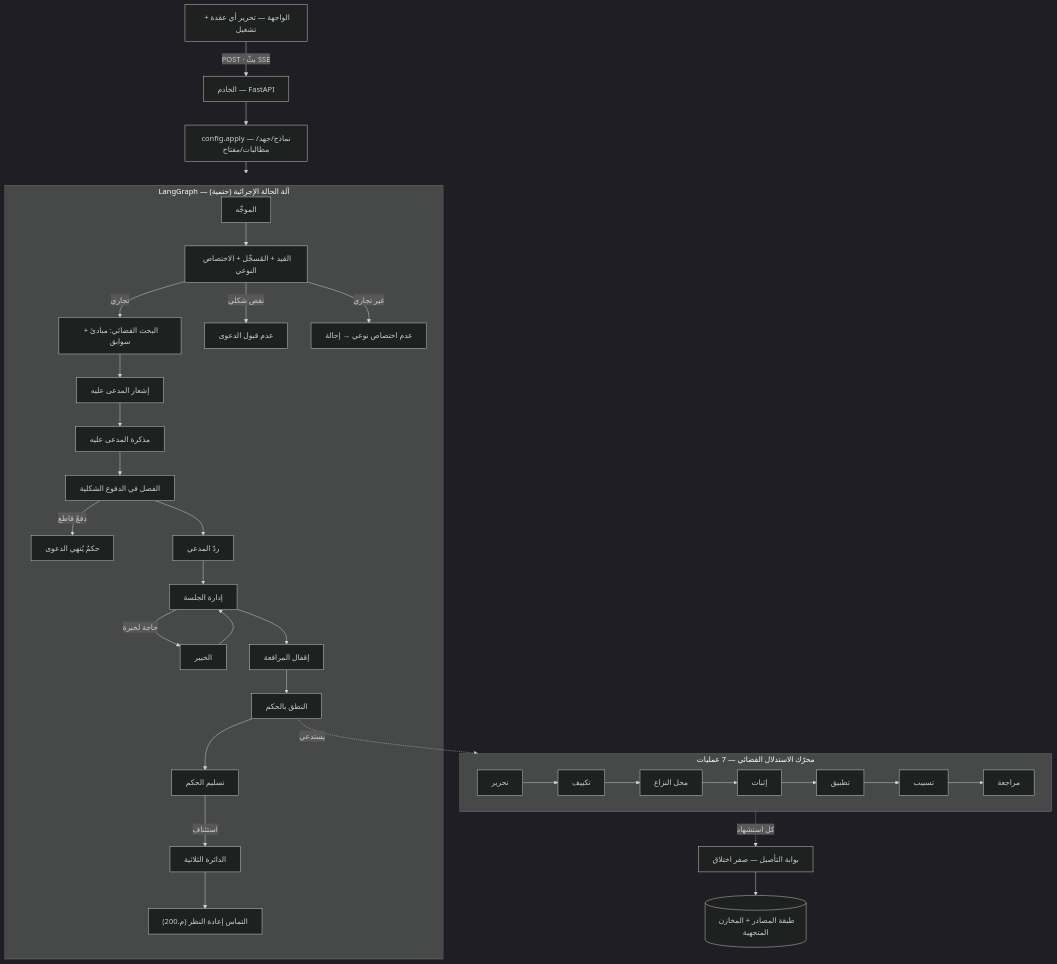
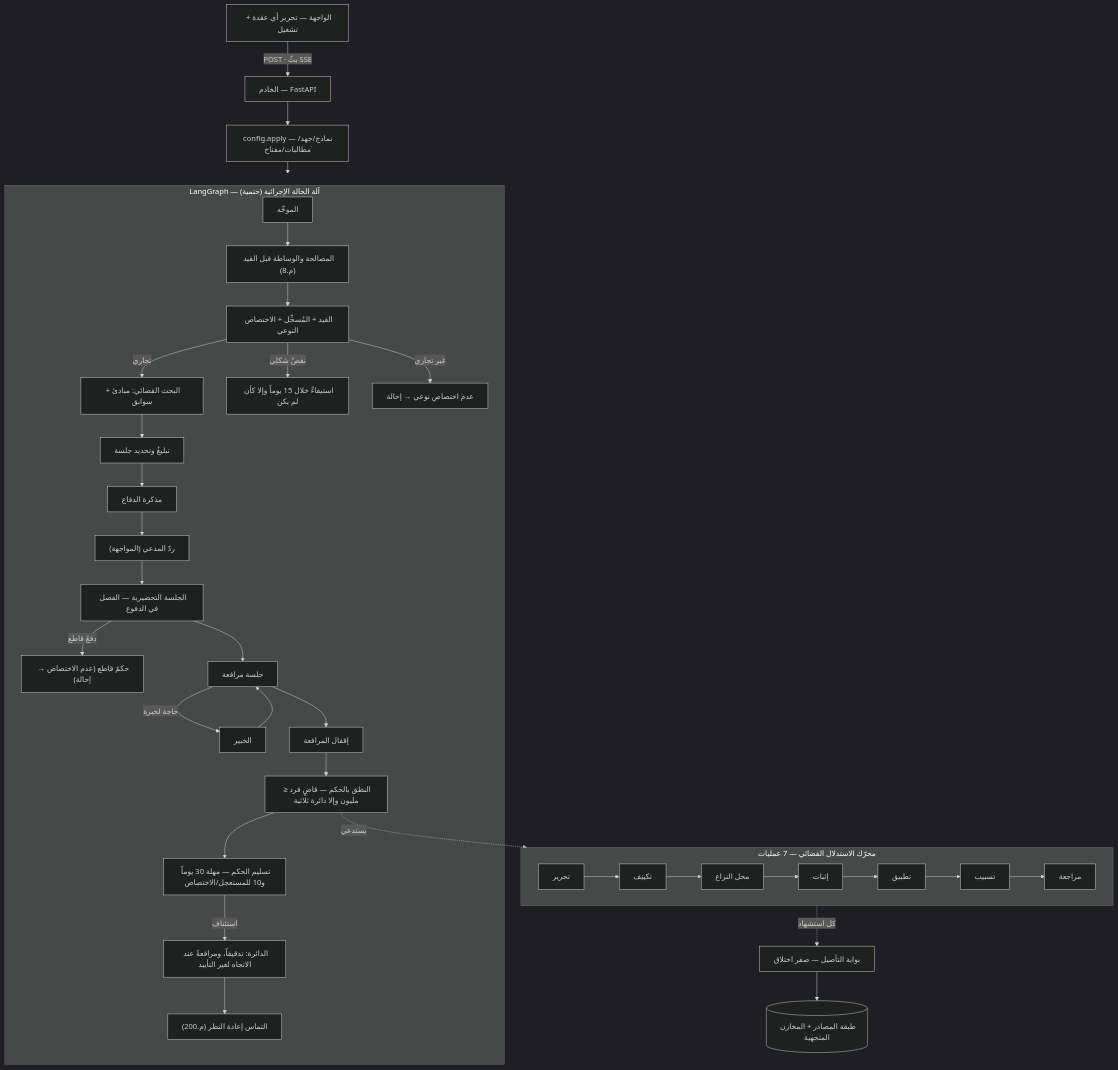
The diagram in README.md (medhachoum/bayyin-trial-simulation-system), drawn with Mermaid (dark theme) before and after one commit. The commit also changed other lines of this file and 20 other files, not shown here.

````diff
--- a/README.md
+++ b/README.md
@@ -21,30 +21,32 @@
 ```mermaid
 flowchart TD
   UI["الواجهة — تحرير أي عقدة + تشغيل"] -->|POST · بثّ SSE| SRV["الخادم — FastAPI"]
   SRV --> CFG["config.apply — نماذج/جهد/مطالبات/مفتاح"]
   CFG --> G
 
   subgraph G["LangGraph — آلة الحالة الإجرائية (حتمية)"]
-    R["الموجِّه"] --> I["القيد + المُسجِّل + الاختصاص النوعي"]
+    R["الموجِّه"] --> MD["المصالحة والوساطة قبل القيد (م.8)"]
+    MD --> I["القيد + المُسجِّل + الاختصاص النوعي"]
     I -->|"تجاري"| RS["البحث القضائي: مبادئ + سوابق"]
-    I -->|"نقص شكلي"| REJ["عدم قبول الدعوى"]
-    I -->|"غير تجاري"| REF["عدم اختصاص نوعي → إحالة"]
-    RS --> N["إشعار المدعى عليه"] --> D["مذكرة المدعى عليه"]
-    D --> INC["الفصل في الدفوع الشكلية"]
-    INC -->|"دفعٌ قاطع"| IR["حكمٌ يُنهي الدعوى"]
-    INC --> P["ردّ المدعي"] --> H["إدارة الجلسة"]
+    I -->|"نقصٌ شكلي"| REJ["استيفاءٌ خلال 15 يوماً وإلا كأن لم يكن"]
+    I -->|"غير تجاري"| REF["عدم اختصاصٍ نوعي → إحالة"]
+    RS --> N["تبليغٌ وتحديد جلسة"] --> D["مذكرة الدفاع"]
+    D --> P["ردّ المدعي (المواجهة)"]
+    P --> INC["الجلسة التحضيرية — الفصل في الدفوع"]
+    INC -->|"دفعٌ قاطع"| IR["حكمٌ قاطع (عدم الاختصاص → إحالة)"]
+    INC --> H["جلسة مرافعة"]
     H -->|"حاجة لخبرة"| E["الخبير"] --> H
-    H --> C["إقفال المرافعة"] --> J["النطق بالحكم"]
-    J --> SV["تسليم الحكم"]
-    SV -->|"استئناف"| AP["الدائرة الثلاثية"]
+    H --> C["إقفال المرافعة"] --> J["النطق بالحكم — قاضٍ فرد ≤ مليون وإلا دائرة ثلاثية"]
+    J --> SV["تسليم الحكم — مهلة 30 يوماً و10 للمستعجل/الاختصاص"]
+    SV -->|"استئناف"| AP["الدائرة: تدقيقاً، ومرافعةً عند الاتجاه لغير التأييد"]
     AP --> RC["التماس إعادة النظر (م.200)"]
   end
 
   J -. "يستدعي" .-> ENG
   subgraph ENG["محرّك الاستدلال القضائي — 7 عمليات"]
     O1["تحرير"] --> O2["تكييف"] --> O3["محل النزاع"] --> O4["إثبات"] --> O5["تطبيق"] --> O6["تسبيب"] --> O7["مراجعة"]
   end
 
   ENG -. "كل استشهاد" .-> GATE["بوابة التأصيل — صفر اختلاق"]
   GATE --> SRC[("طبقة المصادر + المخازن المتجهية")]
 ```
````
